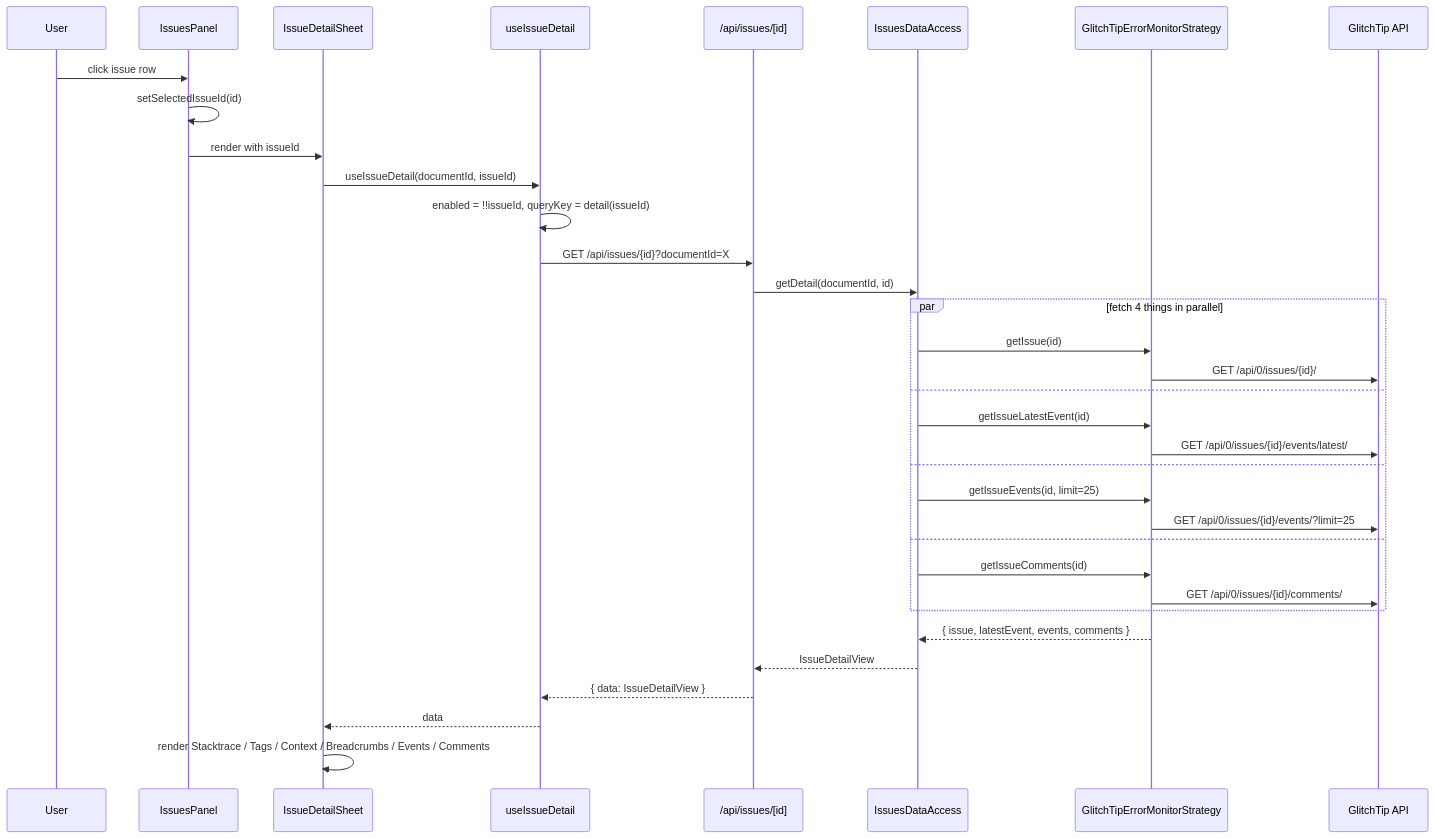
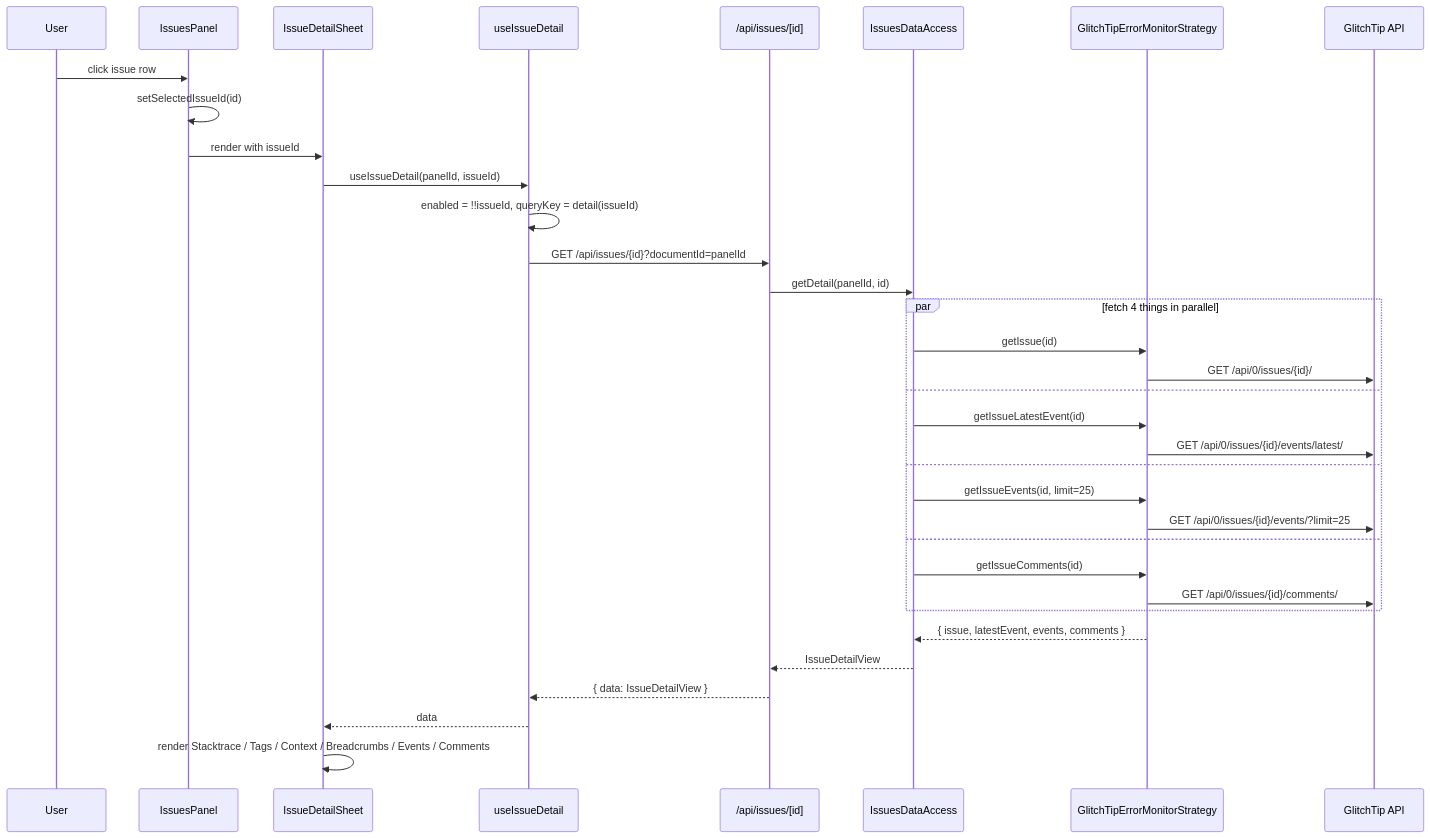
Before and after one commit to webteamuxco/dashboard-monitor: the ninth of 11 diagrams in apps/docs-site/docs/data-flow.md, drawn with Mermaid. The commit also changed other lines of this file and 27 other files, not shown here.

````diff
--- a/apps/docs-site/docs/data-flow.md
+++ b/apps/docs-site/docs/data-flow.md
@@ -203,39 +286,39 @@
 ```mermaid
 sequenceDiagram
     participant User
     participant Panel as IssuesPanel
     participant Sheet as IssueDetailSheet
     participant Hook as useIssueDetail
     participant Route as /api/issues/[id]
     participant DA as IssuesDataAccess
     participant Mon as GlitchTipErrorMonitorStrategy
     participant Ext as GlitchTip API
 
     User->>Panel: click issue row
     Panel->>Panel: setSelectedIssueId(id)
     Panel->>Sheet: render with issueId
-    Sheet->>Hook: useIssueDetail(documentId, issueId)
+    Sheet->>Hook: useIssueDetail(panelId, issueId)
     Hook->>Hook: enabled = !!issueId, queryKey = detail(issueId)
-    Hook->>Route: GET /api/issues/{id}?documentId=X
-    Route->>DA: getDetail(documentId, id)
+    Hook->>Route: GET /api/issues/{id}?documentId=panelId
+    Route->>DA: getDetail(panelId, id)
 
     par fetch 4 things in parallel
         DA->>Mon: getIssue(id)
         Mon->>Ext: GET /api/0/issues/{id}/
     and
         DA->>Mon: getIssueLatestEvent(id)
         Mon->>Ext: GET /api/0/issues/{id}/events/latest/
     and
         DA->>Mon: getIssueEvents(id, limit=25)
         Mon->>Ext: GET /api/0/issues/{id}/events/?limit=25
     and
         DA->>Mon: getIssueComments(id)
         Mon->>Ext: GET /api/0/issues/{id}/comments/
     end
 
     Mon-->>DA: { issue, latestEvent, events, comments }
     DA-->>Route: IssueDetailView
     Route-->>Hook: { data: IssueDetailView }
     Hook-->>Sheet: data
     Sheet->>Sheet: render Stacktrace / Tags / Context / Breadcrumbs / Events / Comments
 ```
````
